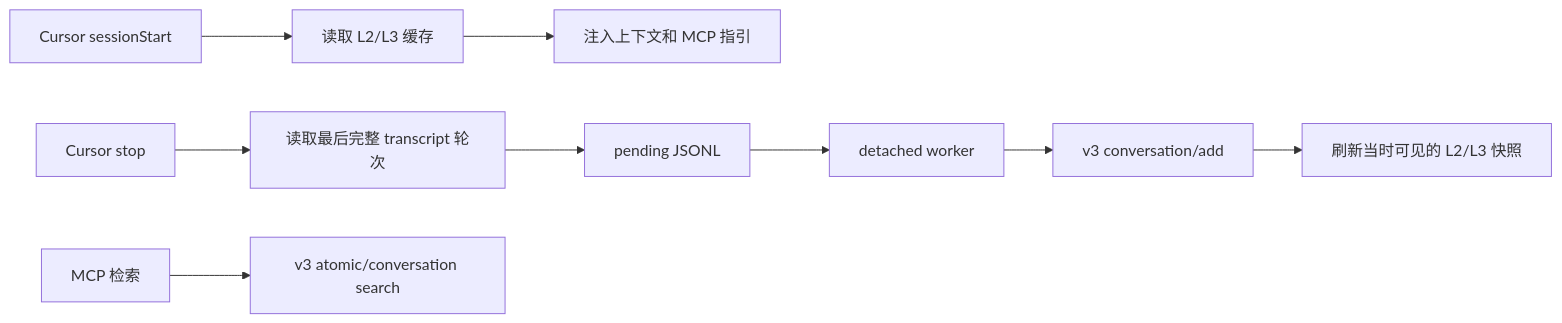
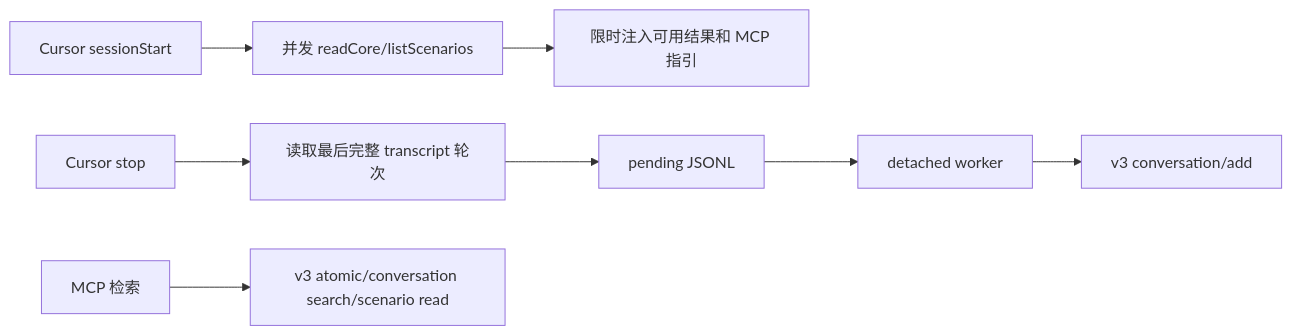
One commit to TencentCloud/TencentDB-Agent-Memory changed the diagram in docs/cursor-server-team/prd.md. Above: the diagram before and after it, drawn with Mermaid. The commit also changed other lines of this file and 3 other files, not shown here.

````diff
--- a/docs/cursor-server-team/prd.md
+++ b/docs/cursor-server-team/prd.md
@@ -67,11 +68,10 @@
 ```mermaid
 flowchart LR
-  A[Cursor sessionStart] --> B[读取 L2/L3 缓存]
-  B --> C[注入上下文和 MCP 指引]
+  A[Cursor sessionStart] --> B[并发 readCore/listScenarios]
+  B --> C[限时注入可用结果和 MCP 指引]
   D[Cursor stop] --> E[读取最后完整 transcript 轮次]
   E --> F[pending JSONL]
   F --> G[detached worker]
   G --> H[v3 conversation/add]
-  H --> I[刷新当时可见的 L2/L3 快照]
-  J[MCP 检索] --> K[v3 atomic/conversation search]
+  J[MCP 检索] --> K[v3 atomic/conversation search/scenario read]
 ```
````
